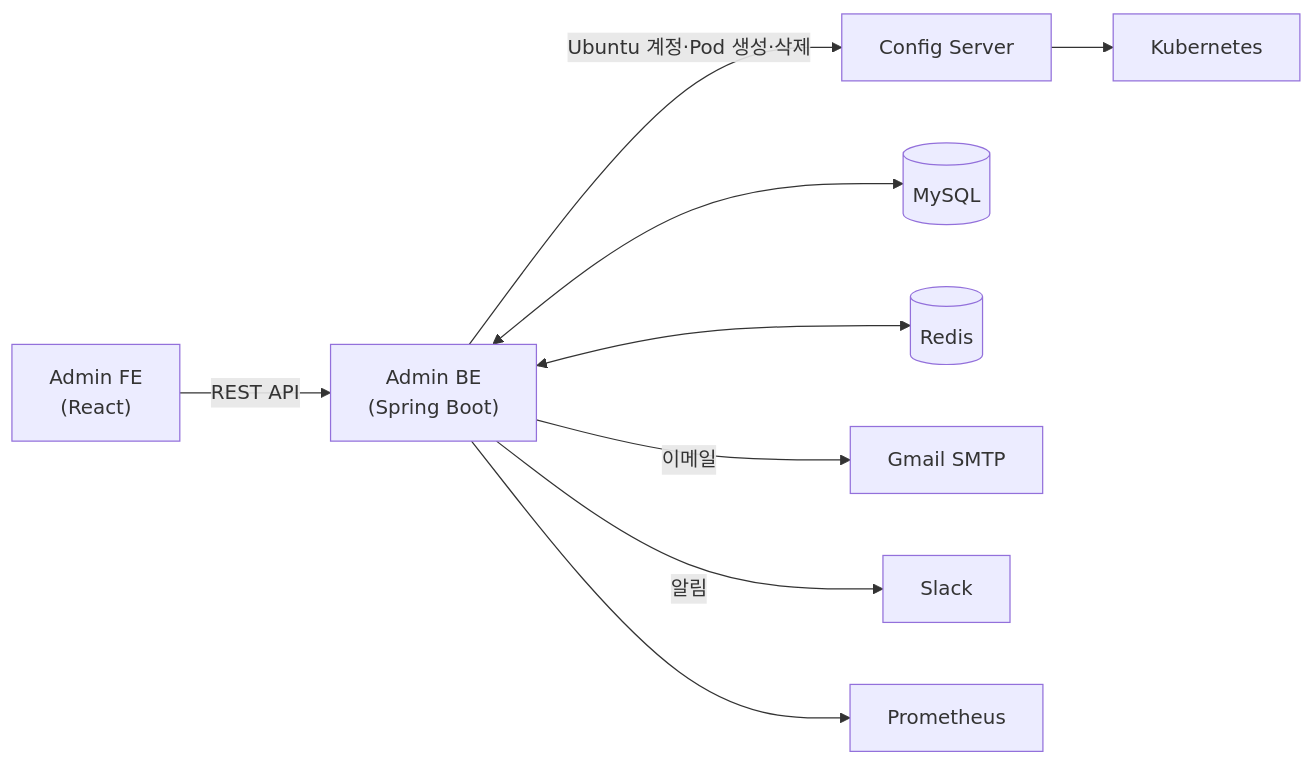
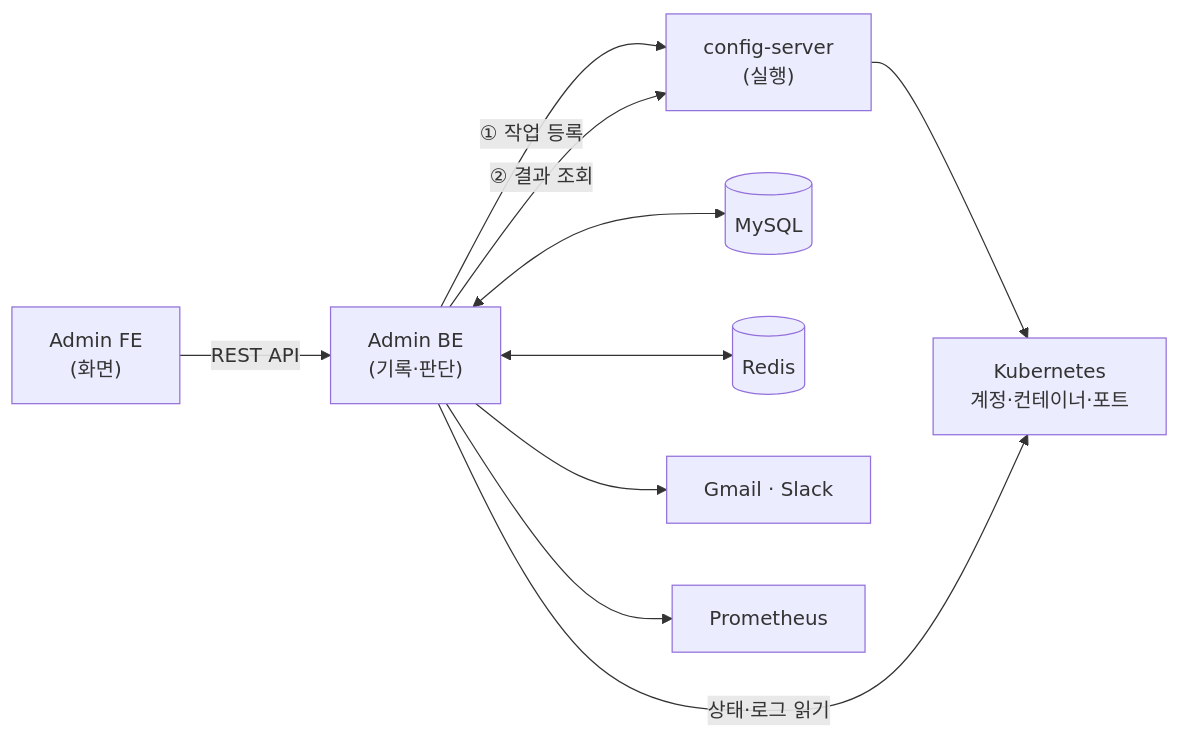
The diagram in md/backend/개요.md (CSID-DGU/admin_wiki), drawn with Mermaid before and after one commit. The commit also changed other lines of this file and 11 other files, not shown here.

````diff
--- a/md/backend/개요.md
+++ b/md/backend/개요.md
@@ -27,21 +29,21 @@
 ```mermaid
 flowchart LR
-    FE["Admin FE\n(React)"]
-    BE["Admin BE\n(Spring Boot)"]
-    CFG["Config Server"]
-    K8S["Kubernetes"]
+    FE["Admin FE<br/>(화면)"]
+    BE["Admin BE<br/>(기록·판단)"]
+    CS["config-server<br/>(실행)"]
+    K8S["Kubernetes<br/>계정·컨테이너·포트"]
     DB[("MySQL")]
     RD[("Redis")]
-    SMTP["Gmail SMTP"]
-    SL["Slack"]
+    N["Gmail · Slack"]
     PROM["Prometheus"]
 
     FE -->|REST API| BE
     BE <--> DB
     BE <--> RD
-    BE -->|Ubuntu 계정·Pod 생성·삭제| CFG
-    CFG --> K8S
-    BE -->|이메일| SMTP
-    BE -->|알림| SL
+    BE -->|"① 작업 등록"| CS
+    BE -->|"② 결과 조회"| CS
+    CS --> K8S
+    BE -->|상태·로그 읽기| K8S
+    BE --> N
     BE --> PROM
 ```
````
